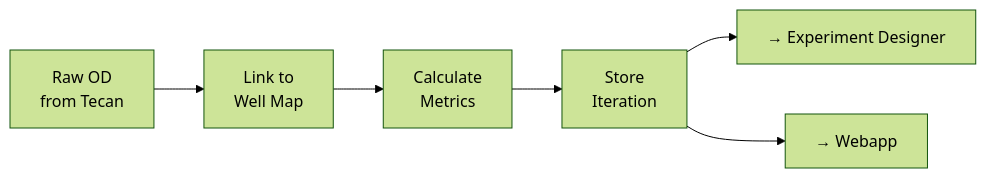
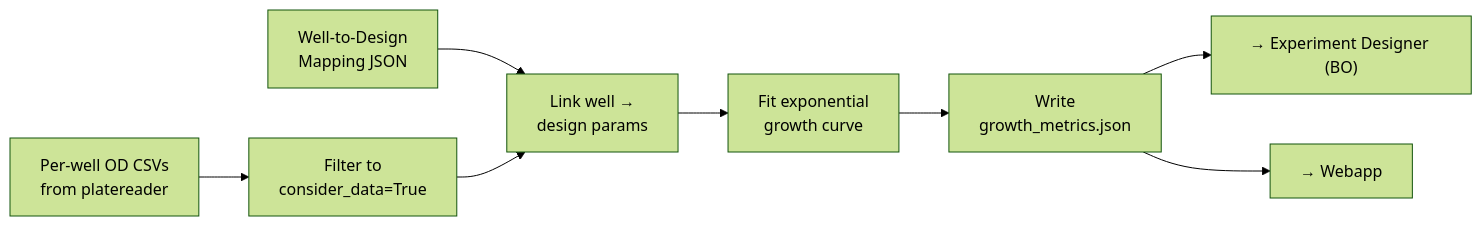
The third of 5 diagrams in SYSTEM_ARCHITECTURE.md (srustisain/closed-loop-ai-scientist-cell-culture-workcell), drawn with Mermaid (forest theme) before and after one commit. The commit also changed other lines of this file, not shown here.

Commit message:
docs: added more specifics around how the data parser works.

````diff
--- a/SYSTEM_ARCHITECTURE.md
+++ b/SYSTEM_ARCHITECTURE.md
@@ -263,8 +270,10 @@
 ```mermaid
 flowchart LR
-    RAW["Raw OD<br/>from Tecan"] --> LINK["Link to<br/>Well Map"]
-    LINK --> CALC["Calculate<br/>Metrics"]
-    CALC --> STORE["Store<br/>Iteration"]
-    STORE --> OUT1["→ Experiment Designer"]
+    RAW["Per-well OD CSVs<br/>from platereader"] --> FILTER["Filter to<br/>consider_data=True"]
+    DESIGN["Well-to-Design<br/>Mapping JSON"] --> LINK
+    FILTER --> LINK["Link well →<br/>design params"]
+    LINK --> CALC["Fit exponential<br/>growth curve"]
+    CALC --> STORE["Write<br/>growth_metrics.json"]
+    STORE --> OUT1["→ Experiment Designer (BO)"]
     STORE --> OUT2["→ Webapp"]
 ```
````
